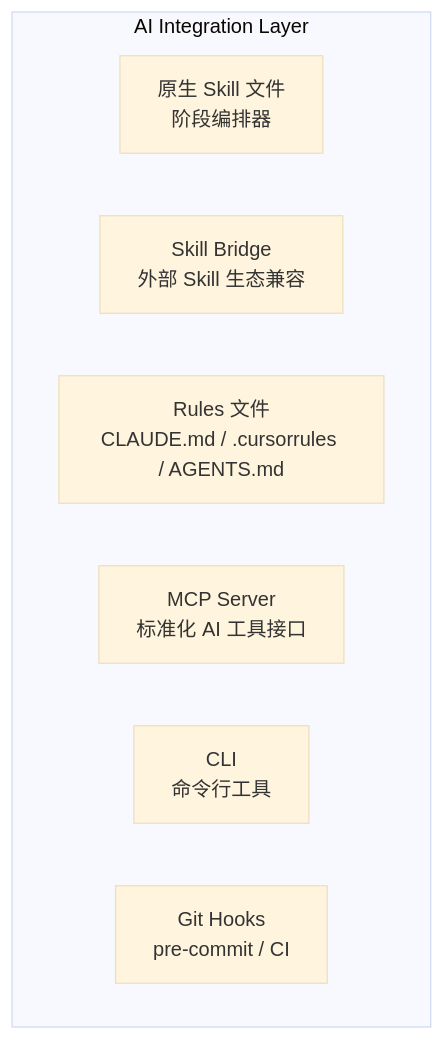
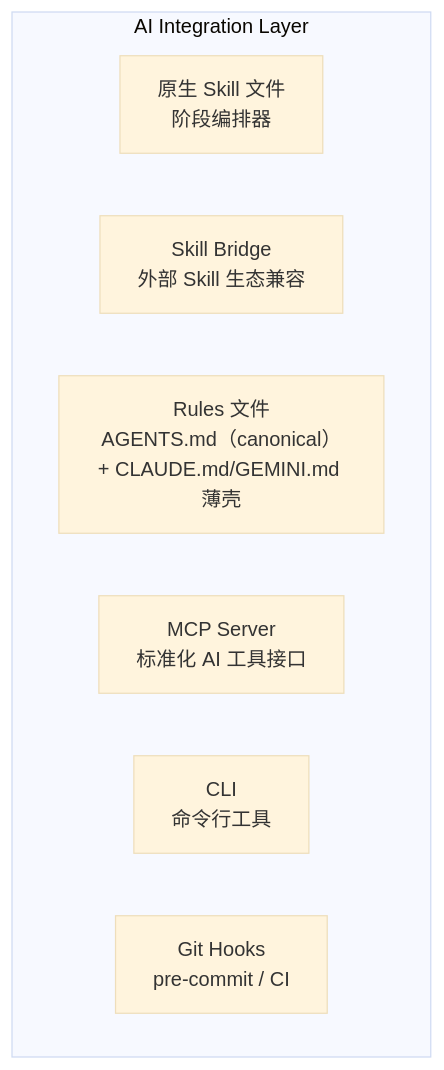
One commit to luckyMUMU/mumuspec changed the first of 4 diagrams in docs/design/ai-integration.md. Above: the diagram before and after it, drawn with Mermaid (base theme). The commit also changed other lines of this file and 288 other files, not shown here.

````diff
--- a/docs/design/ai-integration.md
+++ b/docs/design/ai-integration.md
@@ -11,11 +11,11 @@
 ```mermaid
 graph TB
     subgraph AIL["AI Integration Layer"]
         Skills["原生 Skill 文件<br/>阶段编排器"]
         Bridge["Skill Bridge<br/>外部 Skill 生态兼容"]
-        Rules["Rules 文件<br/>CLAUDE.md / .cursorrules / AGENTS.md"]
+        Rules["Rules 文件<br/>AGENTS.md（canonical）+ CLAUDE.md/GEMINI.md 薄壳"]
         MCP["MCP Server<br/>标准化 AI 工具接口"]
         CLI["CLI<br/>命令行工具"]
         Hooks["Git Hooks<br/>pre-commit / CI"]
     end
 ```
````
